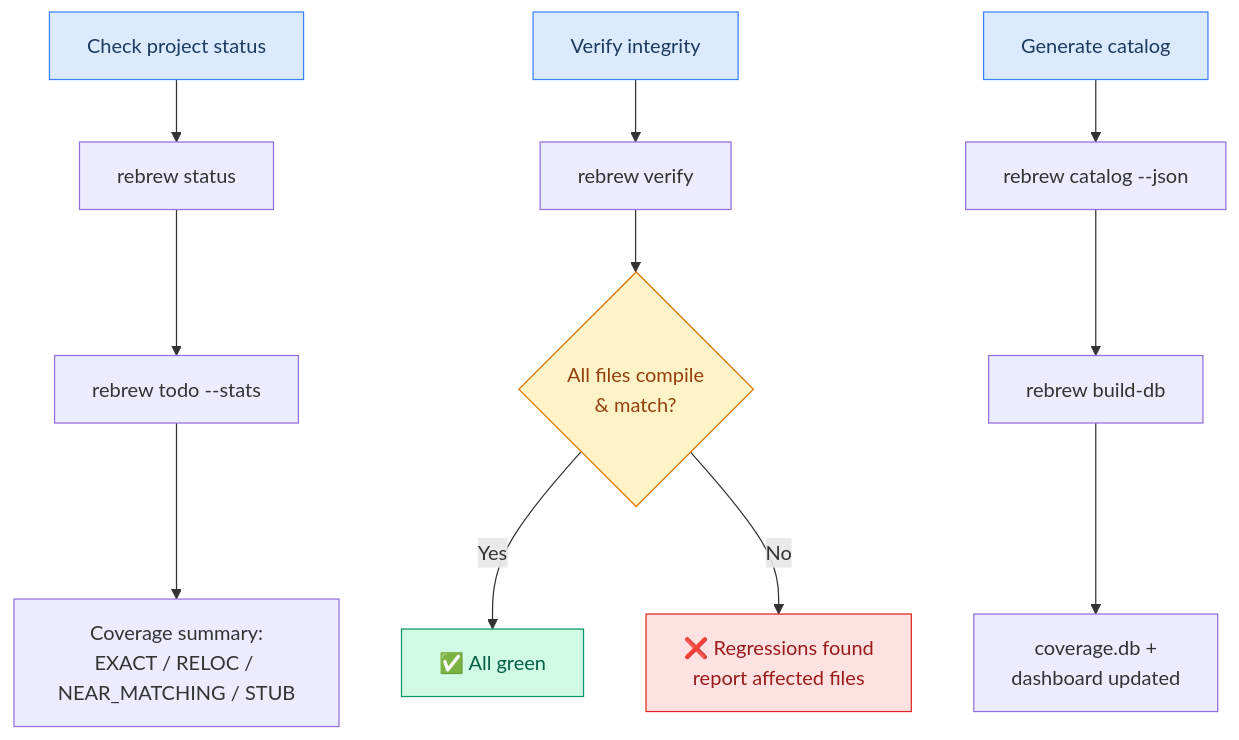
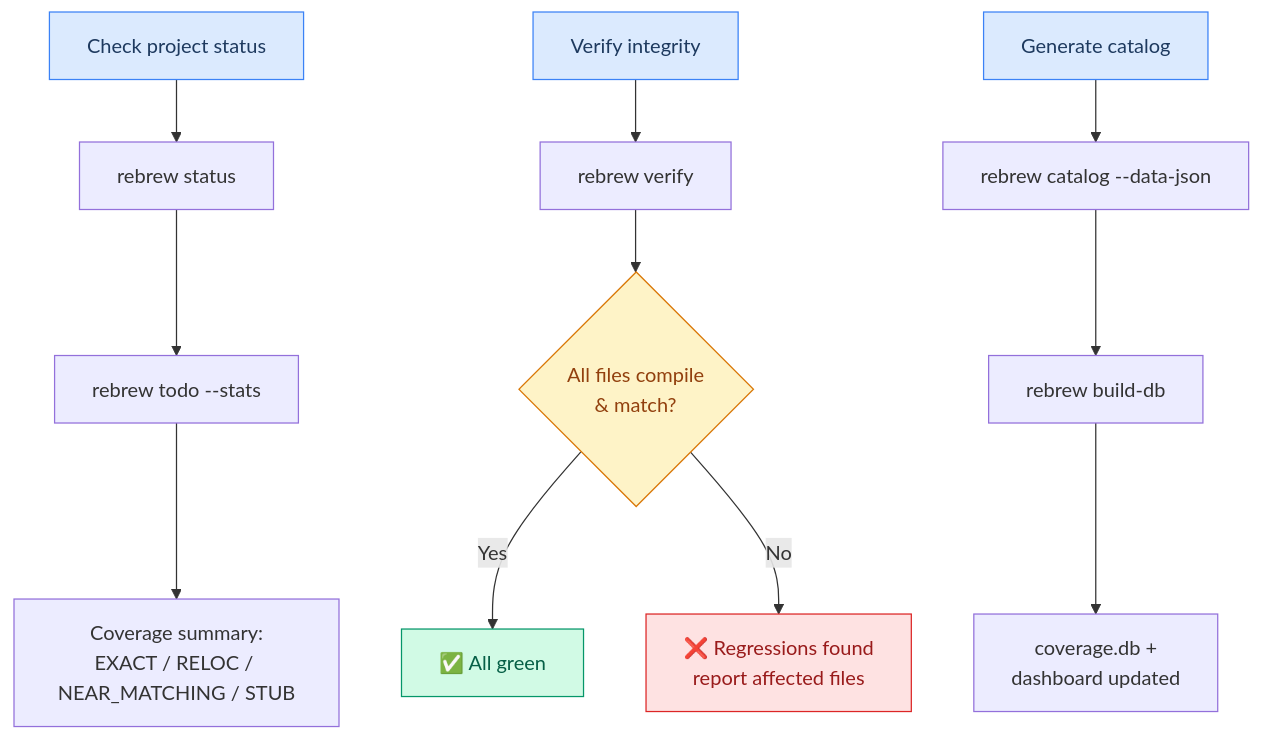
One commit to maci0/rebrew changed diagram 11 of 16 in docs/USER_STORIES.md. Above: the diagram before and after it, drawn with Mermaid. The commit also changed other lines of this file and 8 other files, not shown here.

````diff
--- a/docs/USER_STORIES.md
+++ b/docs/USER_STORIES.md
@@ -367,22 +367,22 @@
 ```mermaid
 graph TD
     A["Check project status"] --> S["rebrew status"]
     S --> B["rebrew todo --stats"]
     B --> C["Coverage summary:<br/>EXACT / RELOC / NEAR_MATCHING / STUB"]
 
     D["Verify integrity"] --> E["rebrew verify"]
     E --> F{"All files compile<br/>& match?"}
     F -->|Yes| G["✅ All green"]
     F -->|No| H["❌ Regressions found<br/>report affected files"]
 
-    I["Generate catalog"] --> J["rebrew catalog --json"]
+    I["Generate catalog"] --> J["rebrew catalog --data-json"]
     J --> BD["rebrew build-db"]
     BD --> K["coverage.db +<br/>dashboard updated"]
 
     style A fill:#dbeafe,stroke:#3b82f6,color:#1e3a5f
     style D fill:#dbeafe,stroke:#3b82f6,color:#1e3a5f
     style I fill:#dbeafe,stroke:#3b82f6,color:#1e3a5f
     style G fill:#d1fae5,stroke:#059669,color:#065f46
     style H fill:#fee2e2,stroke:#dc2626,color:#991b1b
     style F fill:#fef3c7,stroke:#d97706,color:#92400e
 ```
````
